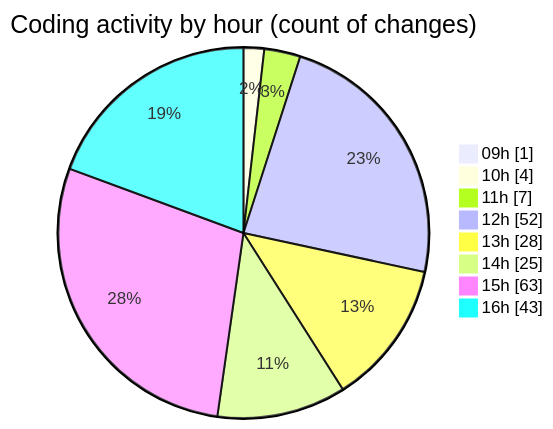
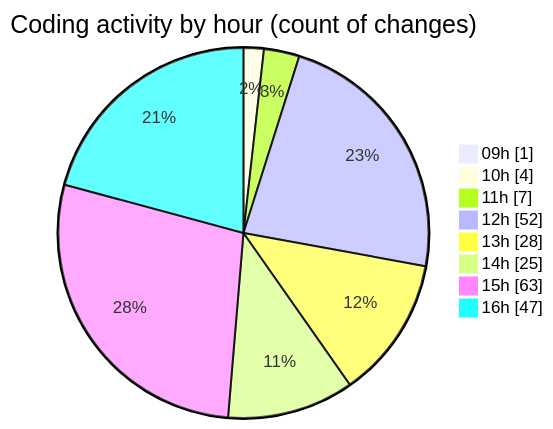
Before and after one commit to momahboobian/code-tracking: the second of 2 diagrams in 2025-04-07/cda/README.md, drawn with Mermaid. The commit also changed other lines of this file and 1 other file, not shown here.

````diff
--- a/2025-04-07/cda/README.md
+++ b/2025-04-07/cda/README.md
@@ -40,12 +40,12 @@
 ```mermaid
 pie showData
 title Coding activity by hour (count of changes)
 "09h" : 1
 "10h" : 4
 "11h" : 7
 "12h" : 52
 "13h" : 28
 "14h" : 25
 "15h" : 63
-"16h" : 43
+"16h" : 47
 ```
````
